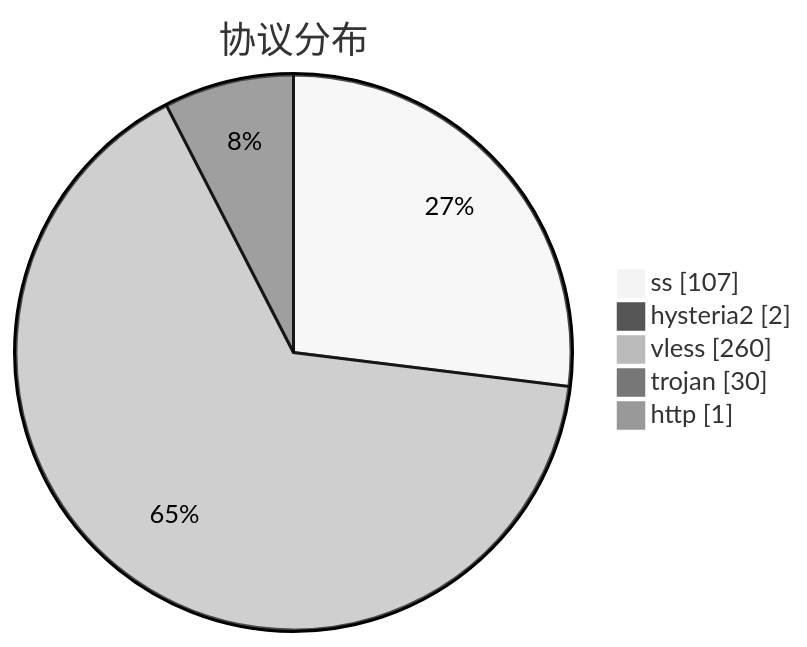
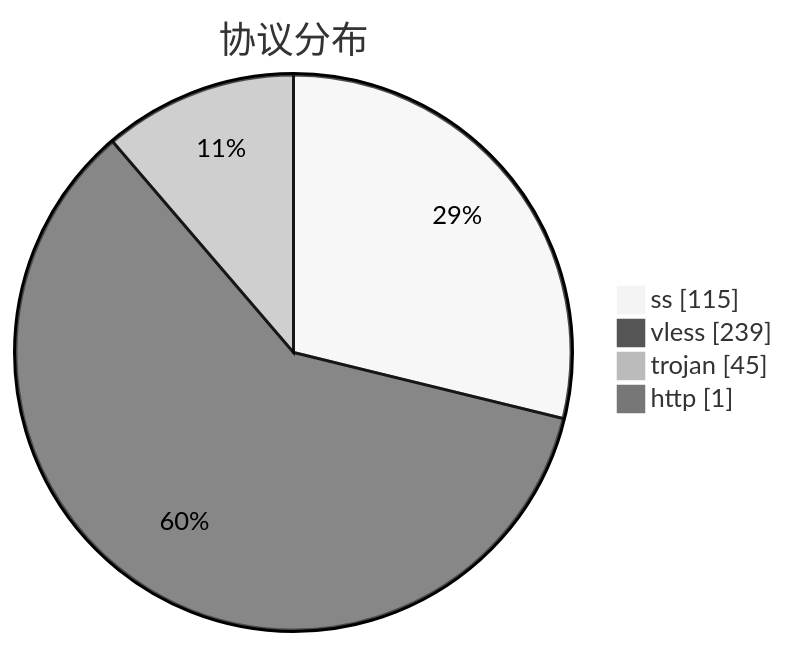
Before and after one commit to qjlxg/airport: the third of 3 diagrams in subs/statistics/tested_within.md, drawn with Mermaid (neutral theme). The commit also changed other lines of this file and 2 other files, not shown here.

````diff
--- a/subs/statistics/tested_within.md
+++ b/subs/statistics/tested_within.md
@@ -18,9 +18,8 @@
 ```mermaid
 pie showData
 title 协议分布
-"ss" : 107
-"hysteria2" : 2
-"vless" : 260
-"trojan" : 30
+"ss" : 115
+"vless" : 239
+"trojan" : 45
 "http" : 1
 ```
````
